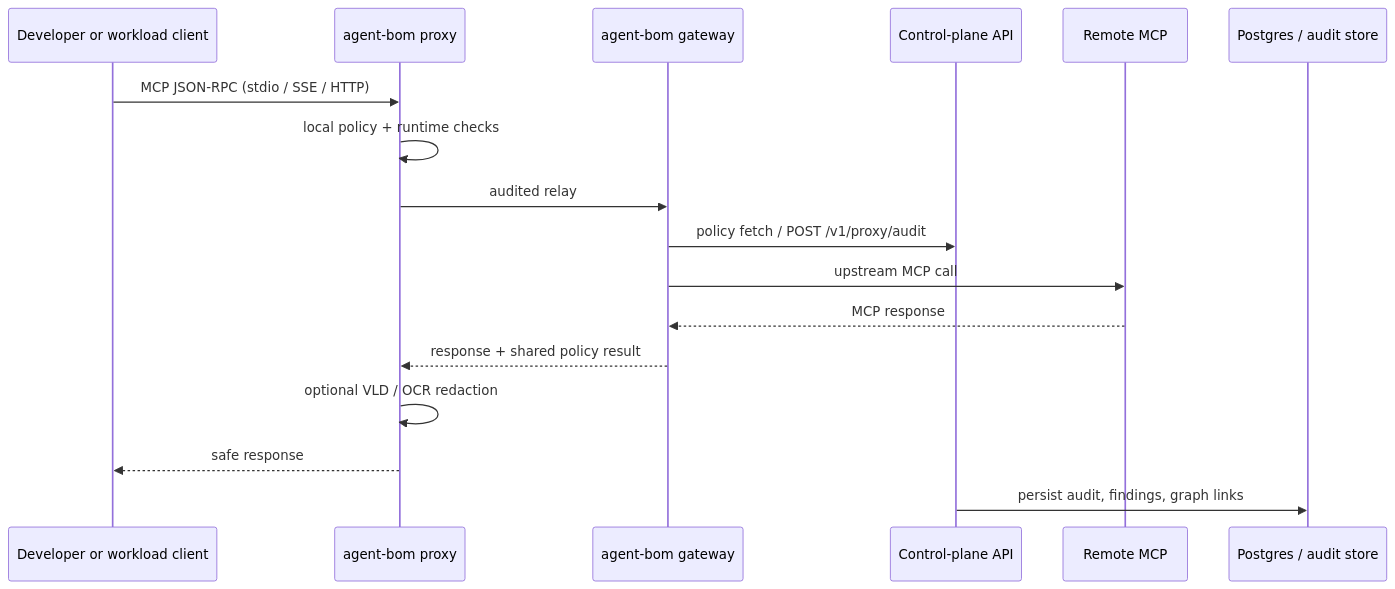
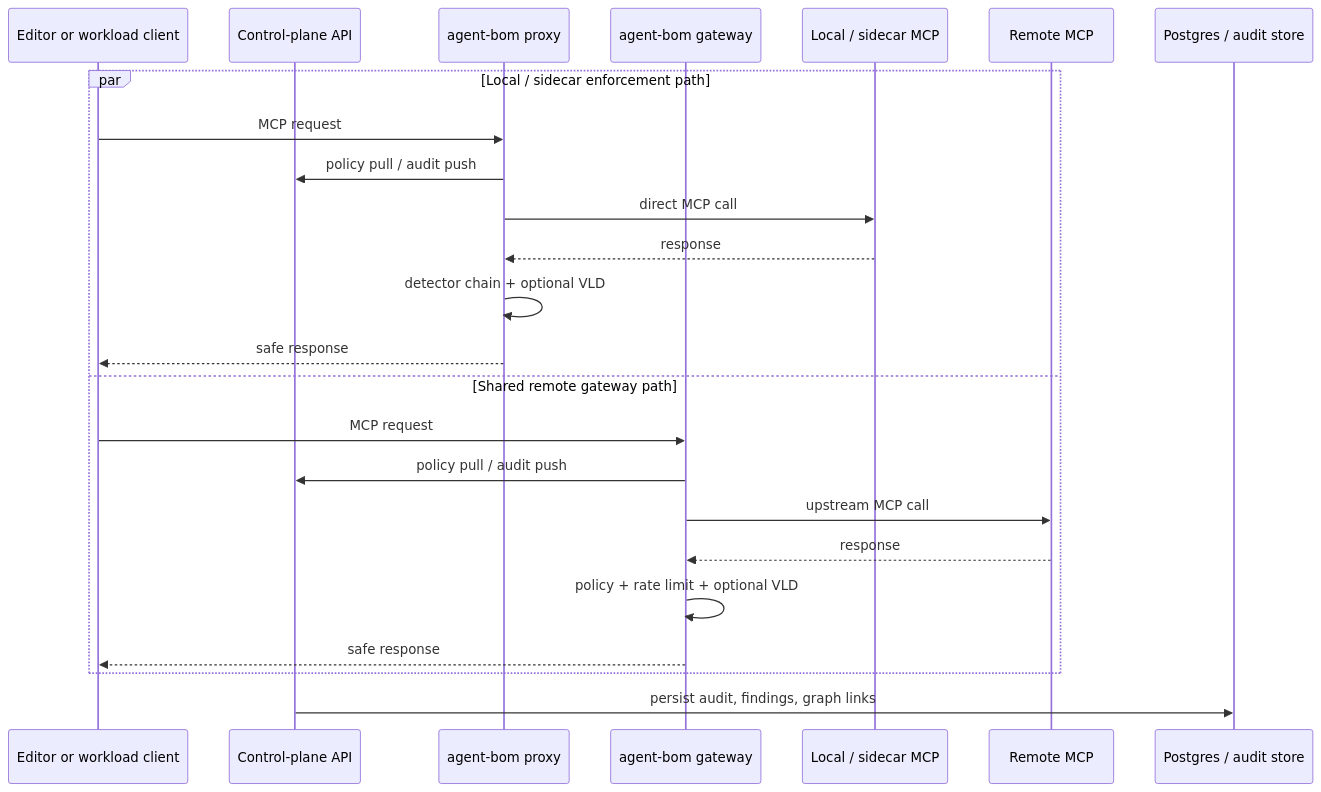
The second of 2 diagrams in site-docs/deployment/own-infra-eks.md (msaad00/agent-bom), drawn with Mermaid before and after one commit. The commit also changed other lines of this file and 4 other files, not shown here.

First line of the commit message:
docs(deploy): refresh self-hosted diagrams and runtime flow (#1661)

````diff
--- a/site-docs/deployment/own-infra-eks.md
+++ b/site-docs/deployment/own-infra-eks.md
@@ -111,20 +115,27 @@
 ```mermaid
 sequenceDiagram
-    participant Client as Developer or workload client
+    participant Client as Editor or workload client
+    participant API as Control-plane API
     participant Proxy as agent-bom proxy
     participant Gateway as agent-bom gateway
-    participant API as Control-plane API
+    participant Local as Local / sidecar MCP
     participant Remote as Remote MCP
     participant Store as Postgres / audit store
 
-    Client->>Proxy: MCP JSON-RPC (stdio / SSE / HTTP)
-    Proxy->>Proxy: local policy + runtime checks
-    Proxy->>Gateway: audited relay
-    Gateway->>API: policy fetch / POST /v1/proxy/audit
-    Gateway->>Remote: upstream MCP call
-    Remote-->>Gateway: MCP response
-    Gateway-->>Proxy: response + shared policy result
-    Proxy->>Proxy: optional VLD / OCR redaction
-    Proxy-->>Client: safe response
+    par Local / sidecar enforcement path
+        Client->>Proxy: MCP request
+        Proxy->>API: policy pull / audit push
+        Proxy->>Local: direct MCP call
+        Local-->>Proxy: response
+        Proxy->>Proxy: detector chain + optional VLD
+        Proxy-->>Client: safe response
+    and Shared remote gateway path
+        Client->>Gateway: MCP request
+        Gateway->>API: policy pull / audit push
+        Gateway->>Remote: upstream MCP call
+        Remote-->>Gateway: response
+        Gateway->>Gateway: policy + rate limit + optional VLD
+        Gateway-->>Client: safe response
+    end
     API->>Store: persist audit, findings, graph links
 ```
````
